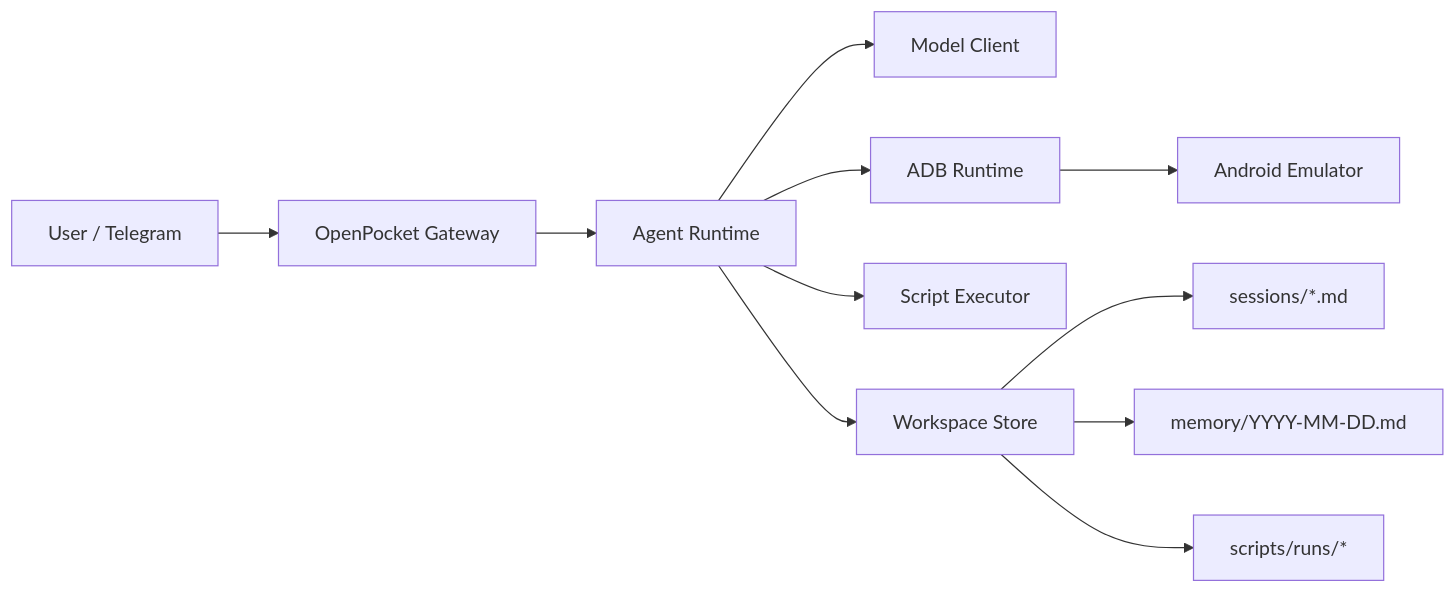
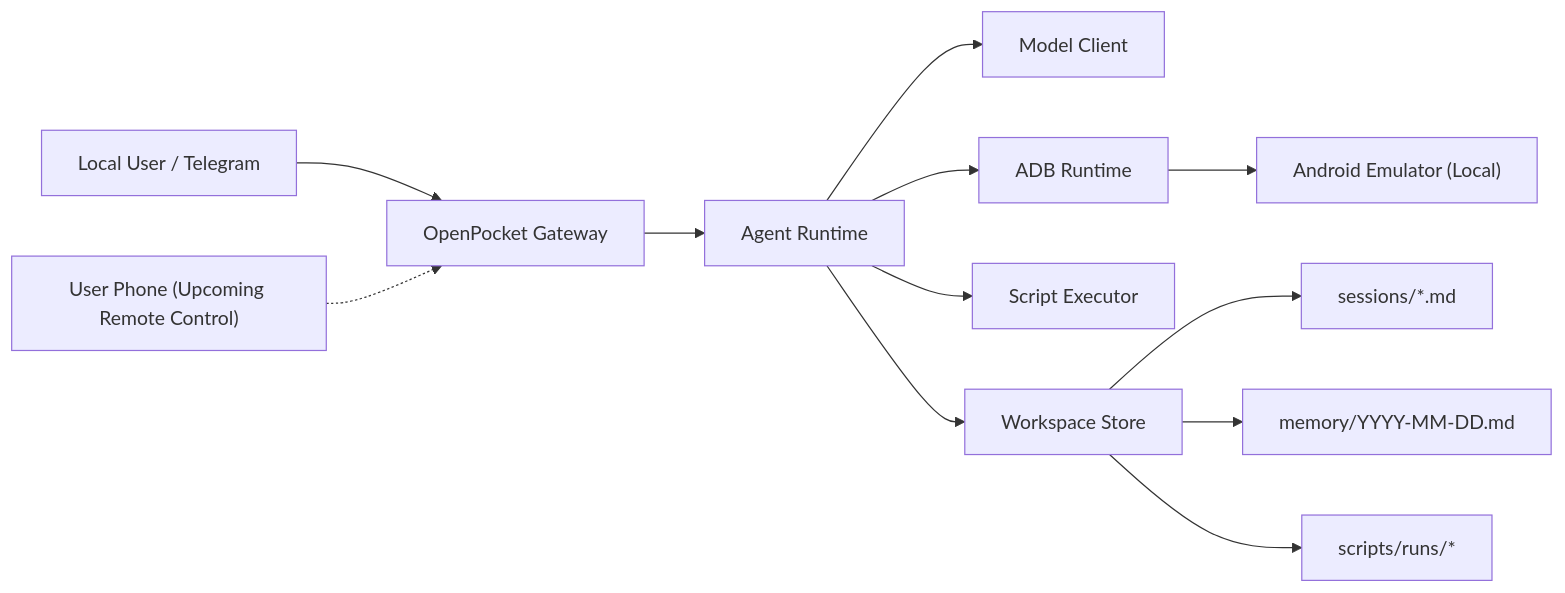
Before and after one commit to SergioChan/openpocket: the diagram in README.md, drawn with Mermaid. The commit also changed other lines of this file and 17 other files, not shown here.

````diff
--- a/README.md
+++ b/README.md
@@ -33,13 +48,14 @@
 ```mermaid
 flowchart LR
-  U["User / Telegram"] --> G["OpenPocket Gateway"]
+  U["Local User / Telegram"] --> G["OpenPocket Gateway"]
   G --> A["Agent Runtime"]
   A --> M["Model Client"]
   A --> D["ADB Runtime"]
   A --> S["Script Executor"]
-  D --> E["Android Emulator"]
+  D --> E["Android Emulator (Local)"]
   A --> W["Workspace Store"]
   W --> SS["sessions/*.md"]
   W --> MM["memory/YYYY-MM-DD.md"]
   W --> RR["scripts/runs/*"]
+  RP["User Phone (Upcoming Remote Control)"] -.-> G
 ```
````
